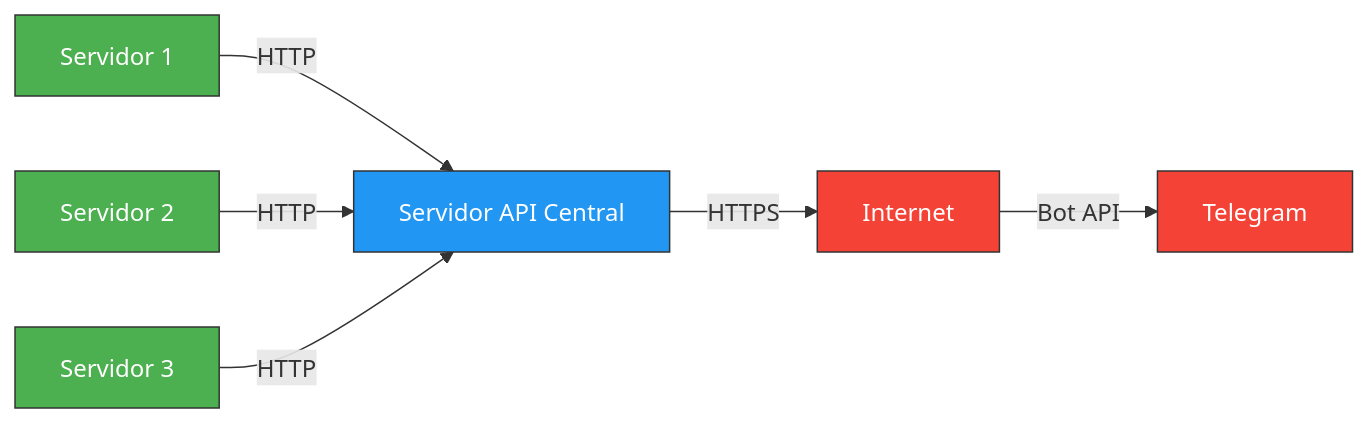
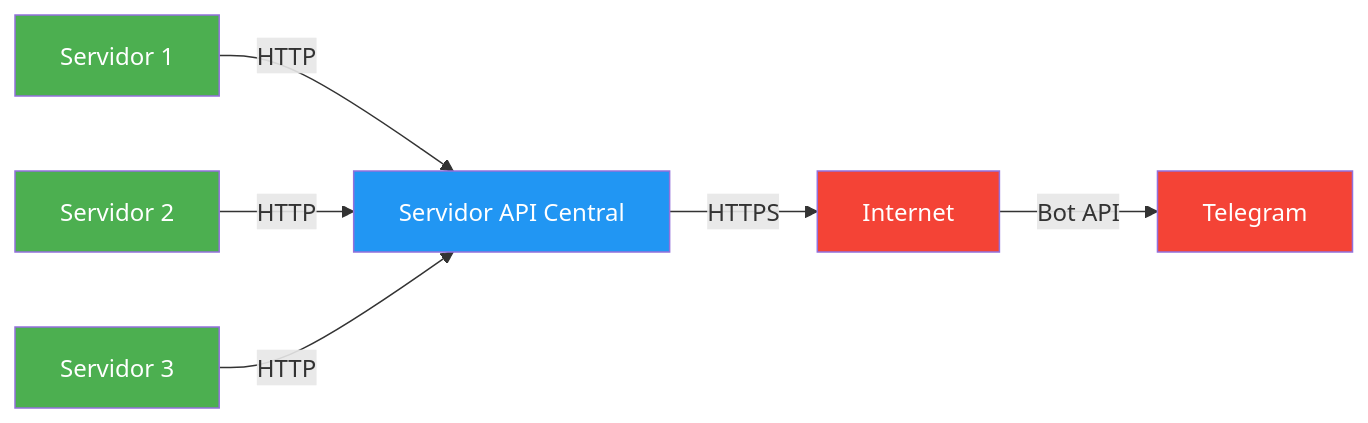
The diagram in README.md (ssanchezhlg/bot_telegram_oficial), drawn with Mermaid before and after one commit.

Commit message:
cambios readme

````diff
--- a/README.md
+++ b/README.md
@@ -42,17 +42,16 @@
 ```mermaid
-%%{init: {'theme': 'default' }}%%
 graph LR
     A[Servidor 1] -->|HTTP| D[Servidor API Central]
     B[Servidor 2] -->|HTTP| D
     C[Servidor 3] -->|HTTP| D
     D -->|HTTPS| E[Internet]
     E -->|Bot API| F[Telegram]
 
-    classDef servidor fill:#4CAF50,stroke:#333,color:white;
-    classDef api fill:#2196F3,stroke:#333,color:white;
-    classDef externo fill:#F44336,stroke:#333,color:white;
+    classDef servidor fill:#4CAF50,color:white;
+    classDef api fill:#2196F3,color:white;
+    classDef externo fill:#F44336,color:white;
     
     class A,B,C servidor;
     class D api;
     class E,F externo;
 ```
````
